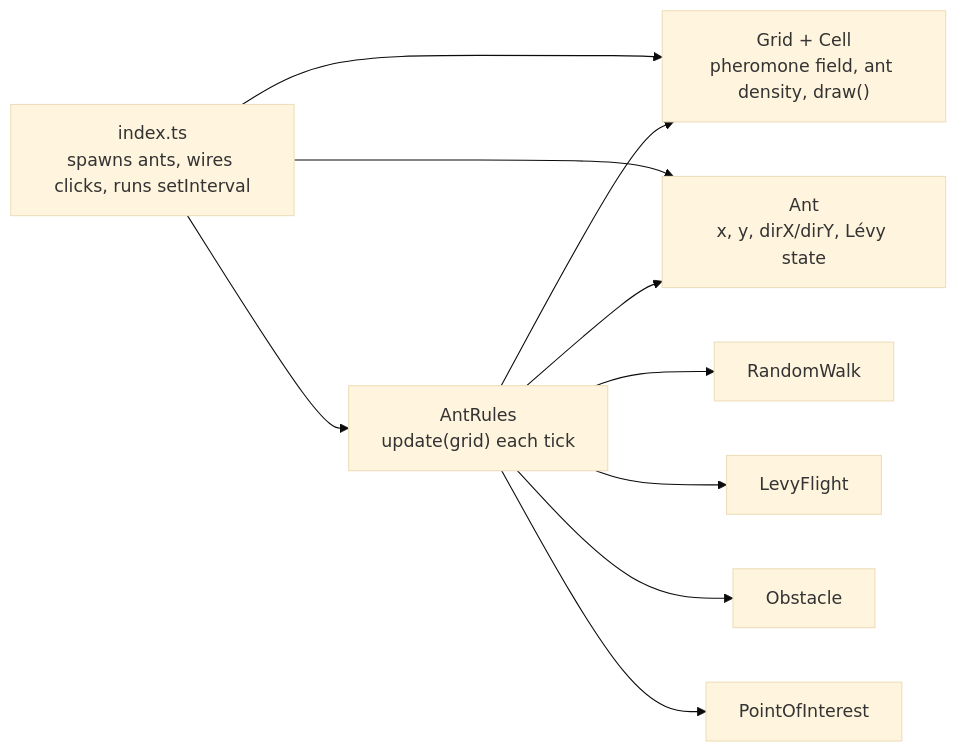
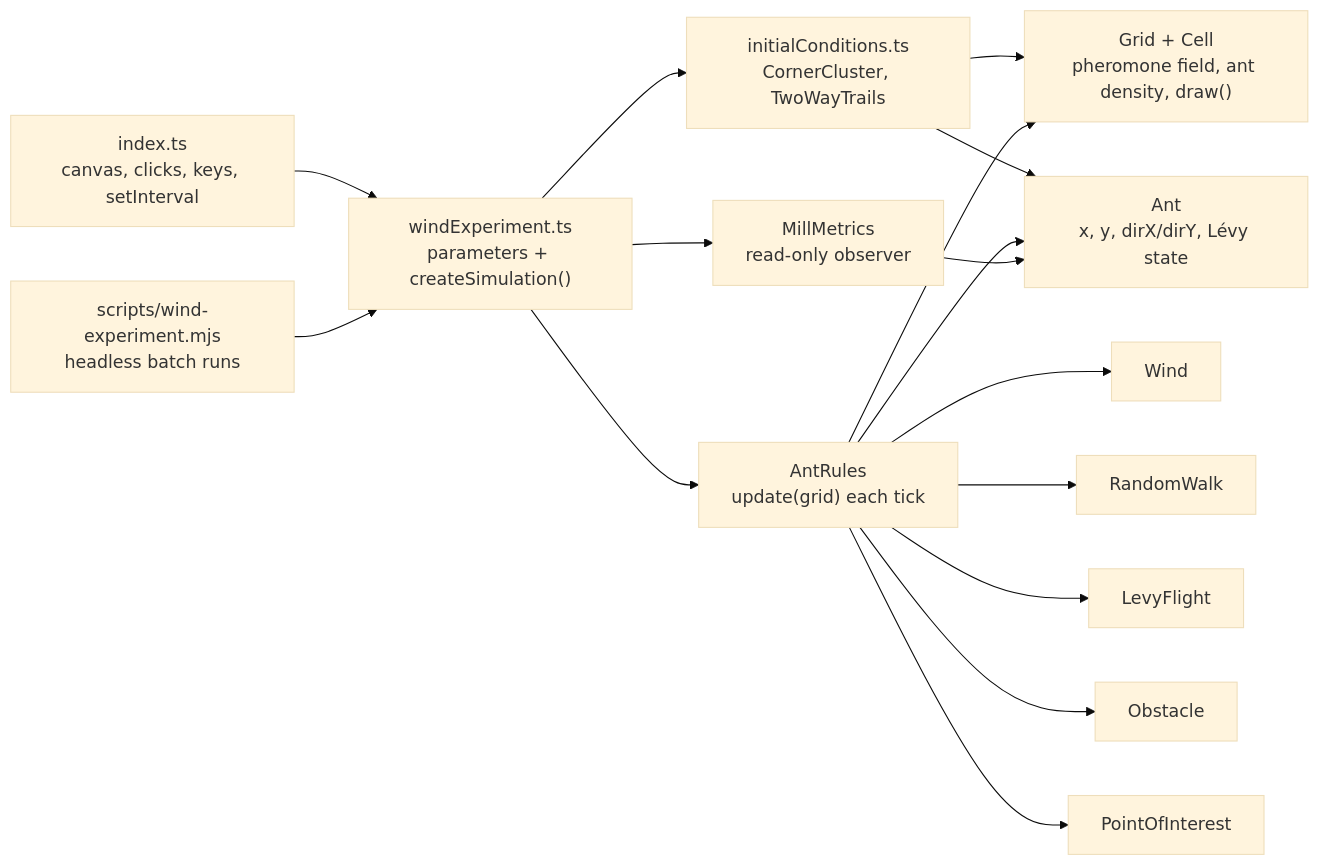
One commit to MrOliveiraGit/Automato-ant-mill changed the diagram in README.md. Above: the diagram before and after it, drawn with Mermaid (base theme). The commit also changed other lines of this file and 12 other files, not shown here.

First line of the commit message:
Add wind-on-pheromone experiment platform for ant-mill emergence

````diff
--- a/README.md
+++ b/README.md
@@ -82,21 +93,32 @@
 ```mermaid
 graph LR
-  index["index.ts<br/>spawns ants, wires clicks, runs setInterval"]
+  index["index.ts<br/>canvas, clicks, keys, setInterval"]
+  runner["scripts/wind-experiment.mjs<br/>headless batch runs"]
+  experiment["windExperiment.ts<br/>parameters + createSimulation()"]
+  initial["initialConditions.ts<br/>CornerCluster, TwoWayTrails"]
+  metrics["MillMetrics<br/>read-only observer"]
   grid["Grid + Cell<br/>pheromone field, ant density, draw()"]
   rules["AntRules<br/>update(grid) each tick"]
+  wind["Wind"]
   ant["Ant<br/>x, y, dirX/dirY, Lévy state"]
   rw["RandomWalk"]
   lf["LevyFlight"]
   obs["Obstacle"]
   poi["PointOfInterest"]
 
-  index --> grid
-  index --> rules
-  index --> ant
+  index --> experiment
+  runner --> experiment
+  experiment --> initial
+  experiment --> rules
+  experiment --> metrics
+  initial --> grid
+  initial --> ant
   rules --> grid
   rules --> ant
+  rules --> wind
   rules --> rw
   rules --> lf
   rules --> obs
   rules --> poi
+  metrics --> ant
 ```
````
